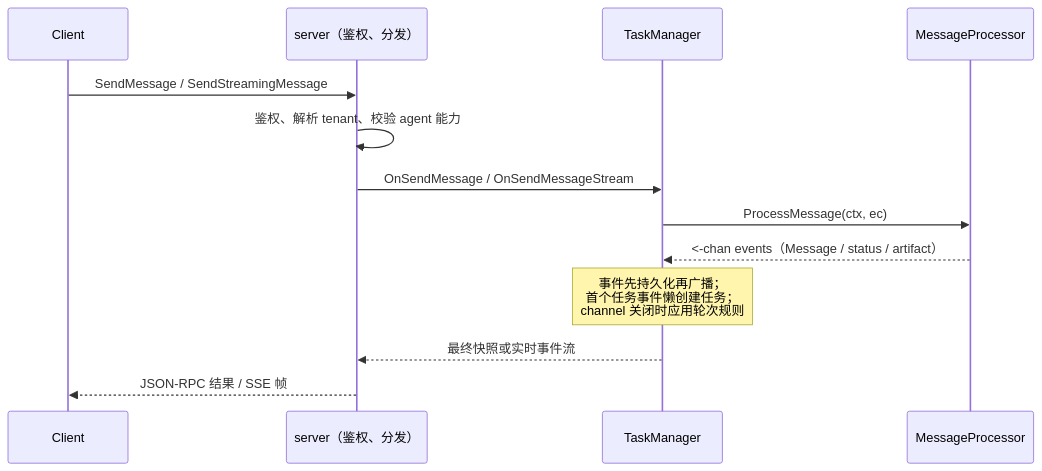
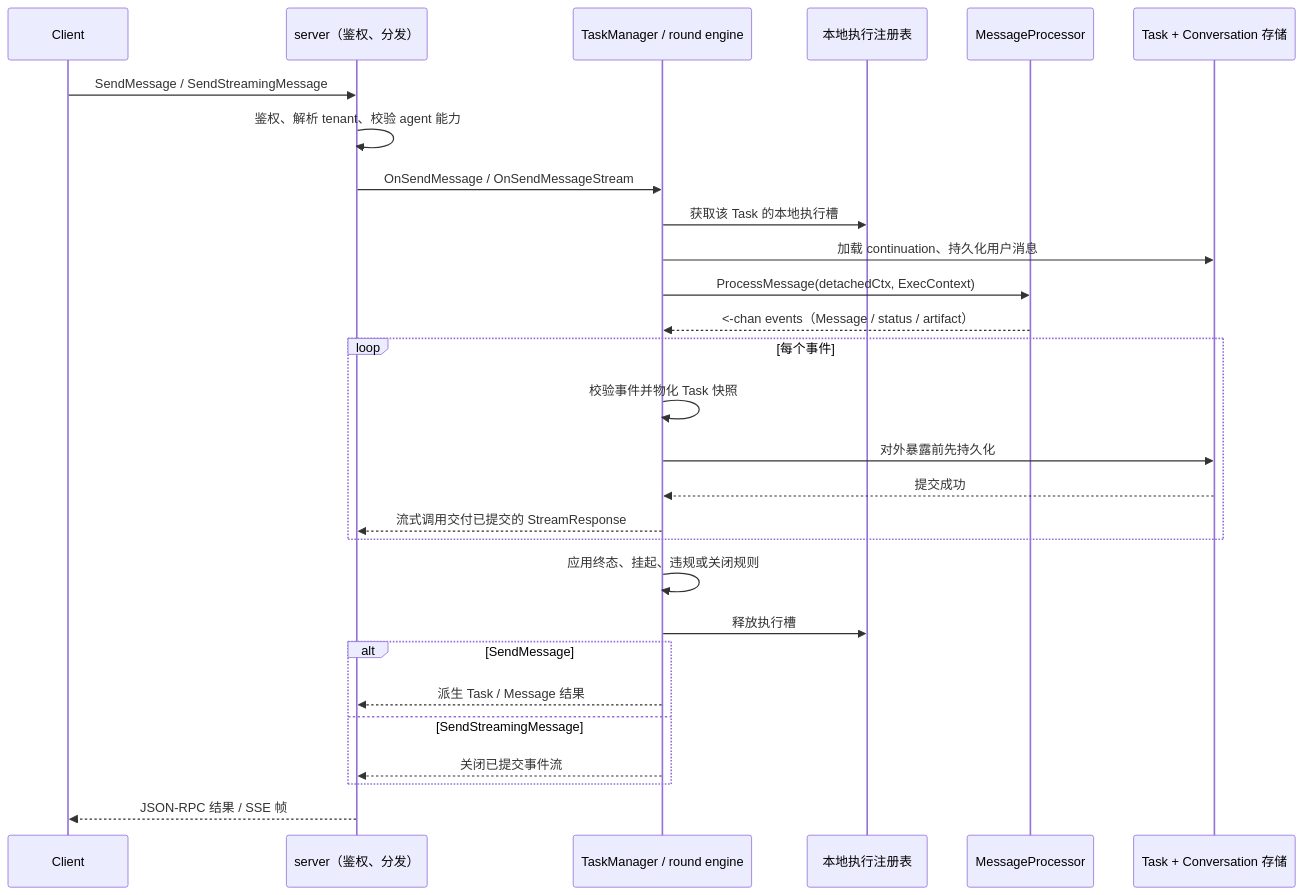
Before and after one commit to trpc-group/trpc-a2a-go: the second of 2 diagrams in docs/mkdocs/zh/overview.md, drawn with Mermaid. The commit also changed other lines of this file and 3 other files, not shown here.

Commit message:
docs: add architecture and Redis resubscribe diagrams

````diff
--- a/docs/mkdocs/zh/overview.md
+++ b/docs/mkdocs/zh/overview.md
@@ -73,16 +96,31 @@
 ```mermaid
 sequenceDiagram
     participant Client
     participant Server as server（鉴权、分发）
-    participant TM as TaskManager
+    participant TM as TaskManager / round engine
+    participant Registry as 本地执行注册表
     participant P as MessageProcessor
+    participant Store as Task + Conversation 存储
 
     Client->>Server: SendMessage / SendStreamingMessage
     Server->>Server: 鉴权、解析 tenant、校验 agent 能力
     Server->>TM: OnSendMessage / OnSendMessageStream
-    TM->>P: ProcessMessage(ctx, ec)
+    TM->>Registry: 获取该 Task 的本地执行槽
+    TM->>Store: 加载 continuation、持久化用户消息
+    TM->>P: ProcessMessage(detachedCtx, ExecContext)
     P-->>TM: <-chan events（Message / status / artifact）
-    Note over TM: 事件先持久化再广播；<br/>首个任务事件懒创建任务；<br/>channel 关闭时应用轮次规则
-    TM-->>Server: 最终快照或实时事件流
+    loop 每个事件
+        TM->>TM: 校验事件并物化 Task 快照
+        TM->>Store: 对外暴露前先持久化
+        Store-->>TM: 提交成功
+        TM-->>Server: 流式调用交付已提交的 StreamResponse
+    end
+    TM->>TM: 应用终态、挂起、违规或关闭规则
+    TM->>Registry: 释放执行槽
+    alt SendMessage
+        TM-->>Server: 派生 Task / Message 结果
+    else SendStreamingMessage
+        TM-->>Server: 关闭已提交事件流
+    end
     Server-->>Client: JSON-RPC 结果 / SSE 帧
 ```
````
